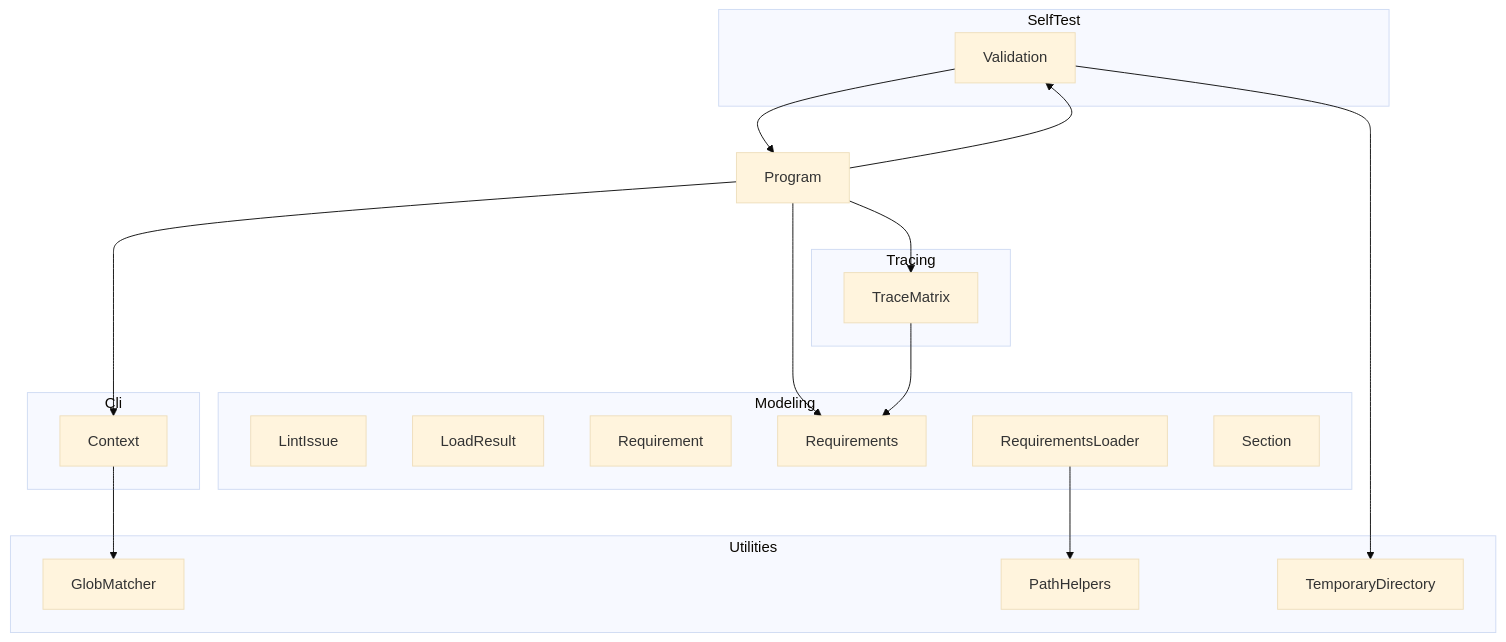
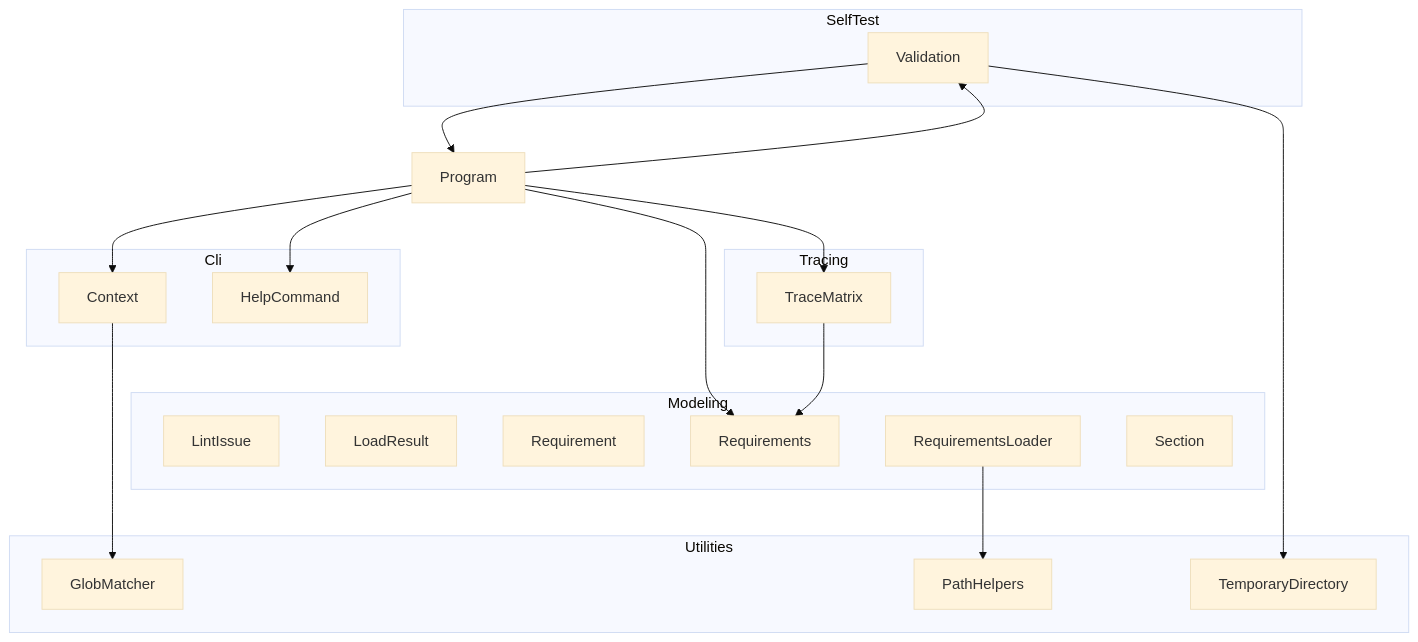
One commit to demaconsulting/ReqStream changed the first of 2 diagrams in docs/design/reqstream.md. Above: the diagram before and after it, drawn with Mermaid (base theme). The commit also changed other lines of this file and 79 other files, not shown here.

````diff
--- a/docs/design/reqstream.md
+++ b/docs/design/reqstream.md
@@ -10,34 +10,36 @@
 ```mermaid
 flowchart TD
     subgraph Cli
         Context
+        HelpCommand
     end
     subgraph Utilities
         GlobMatcher
         PathHelpers
         TemporaryDirectory
     end
     subgraph Modeling
         LintIssue
         LoadResult
         Requirement
         Requirements
         RequirementsLoader
         Section
     end
     subgraph Tracing
         TraceMatrix
     end
     subgraph SelfTest
         Validation
     end
     Program --> Context
+    Program --> HelpCommand
     Program --> Validation
     Program --> Requirements
     Program --> TraceMatrix
     Context --> GlobMatcher
     RequirementsLoader --> PathHelpers
     TraceMatrix --> Requirements
     Validation --> Program
     Validation --> TemporaryDirectory
 ```
````
